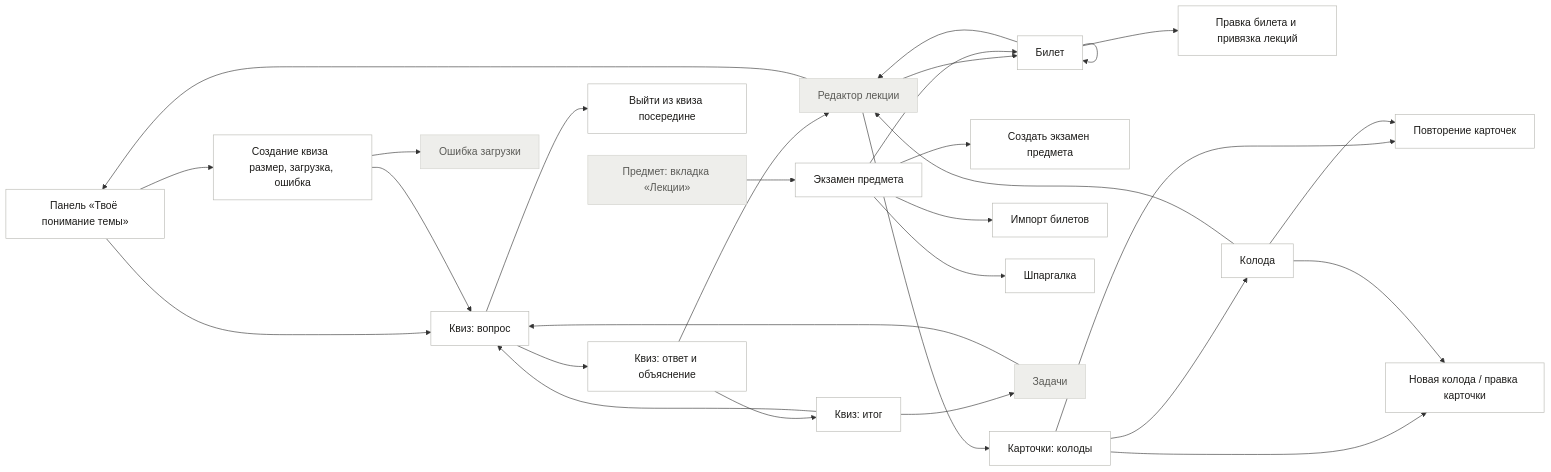
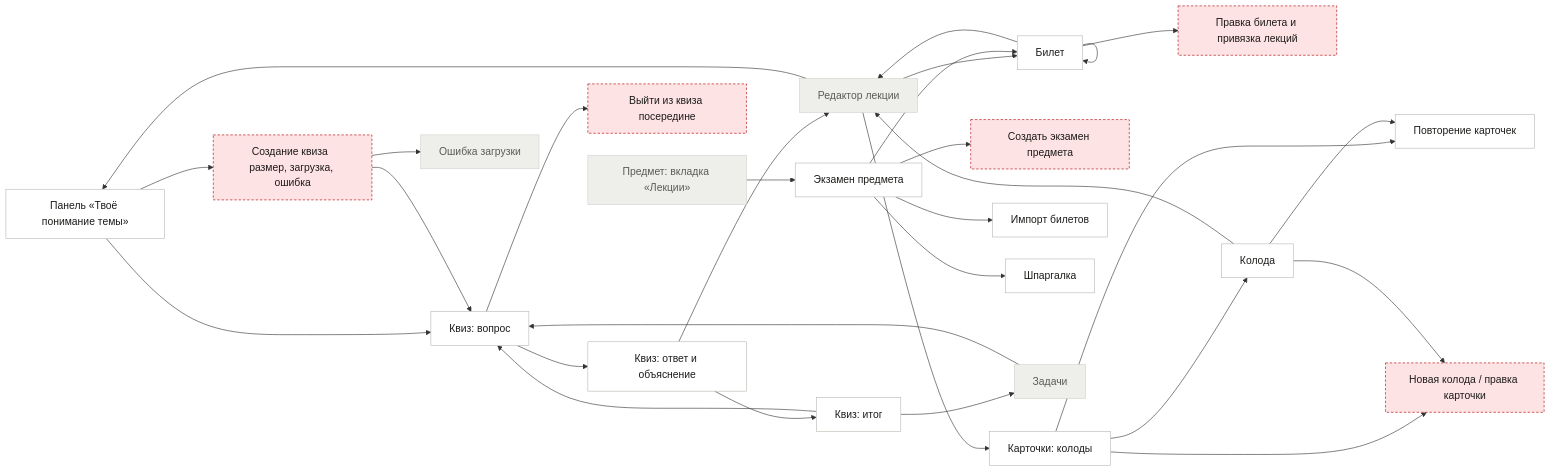
Before and after one commit to misha-quartzevsky/cohorta: the fourth of 6 diagrams in docs/design/ia/userflow.md, drawn with Mermaid. The commit also changed other lines of this file and 7 other files, not shown here.

````diff
--- a/docs/design/ia/userflow.md
+++ b/docs/design/ia/userflow.md
@@ -261,76 +267,76 @@
 ```mermaid
 %%{init:{"themeVariables":{"fontSize":"17px"},"flowchart":{"nodeSpacing":36,"rankSpacing":80,"curve":"basis"}}}%%
 flowchart LR
   understanding["Панель «Твоё понимание темы»"]
   quiz_create["Создание квиза  размер, загрузка, ошибка "]
   quiz_q["Квиз: вопрос"]
   quiz_a["Квиз: ответ и объяснение"]
   quiz_sum["Квиз: итог"]
   quiz_exit["Выйти из квиза посередине"]
   cards["Карточки: колоды"]
   deck["Колода"]
   deck_edit["Новая колода / правка карточки"]
   cards_review["Повторение карточек"]
   exam["Экзамен предмета"]
   exam_new["Создать экзамен предмета"]
   ticket["Билет"]
   ticket_edit["Правка билета и привязка лекций"]
   ticket_import["Импорт билетов"]
   cheatsheet["Шпаргалка"]
   editor["Редактор лекции"]
   error["Ошибка загрузки"]
   subject["Предмет: вкладка «Лекции»"]
   tasks["Задачи"]
   subject --> exam
   editor --> understanding
   editor --> ticket
   editor --> cards
   understanding --> quiz_create
   understanding --> quiz_q
   quiz_create --> quiz_q
   quiz_create --> error
   quiz_q --> quiz_a
   quiz_q --> quiz_exit
   quiz_a --> editor
   quiz_a --> quiz_sum
   quiz_sum --> quiz_q
   quiz_sum --> tasks
   tasks --> quiz_q
   cards --> deck
   cards --> cards_review
   cards --> deck_edit
   deck --> cards_review
   deck --> deck_edit
   deck --> editor
   exam --> ticket
   exam --> ticket_import
   exam --> cheatsheet
   exam --> exam_new
   ticket --> ticket_edit
   ticket --> editor
   ticket --> ticket
   classDef ok fill:#FFFFFF,stroke:#B8B8B2,color:#1C1B19
   classDef no fill:#FDE3E3,stroke:#B00008,stroke-dasharray:4 3,color:#1C1B19
   classDef ex fill:#EEEEEB,stroke:#D2D2CD,color:#5A5A56
   classDef vi fill:#FDEBDB,stroke:#E86800,color:#1C1B19
   class understanding ok
-  class quiz_create ok
+  class quiz_create no
   class quiz_q ok
   class quiz_a ok
   class quiz_sum ok
-  class quiz_exit ok
+  class quiz_exit no
   class cards ok
   class deck ok
-  class deck_edit ok
+  class deck_edit no
   class cards_review ok
   class exam ok
-  class exam_new ok
+  class exam_new no
   class ticket ok
-  class ticket_edit ok
+  class ticket_edit no
   class ticket_import ok
   class cheatsheet ok
   class editor ex
   class error ex
   class subject ex
   class tasks ex
 ```
````
